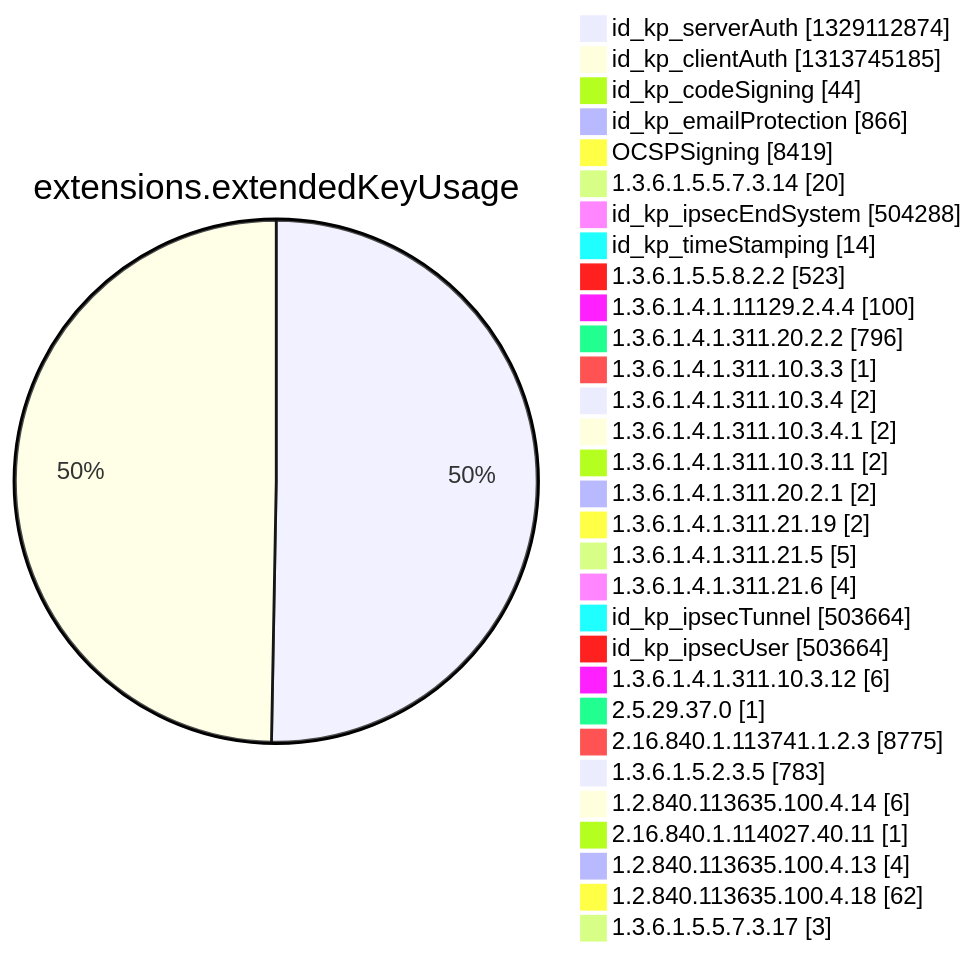
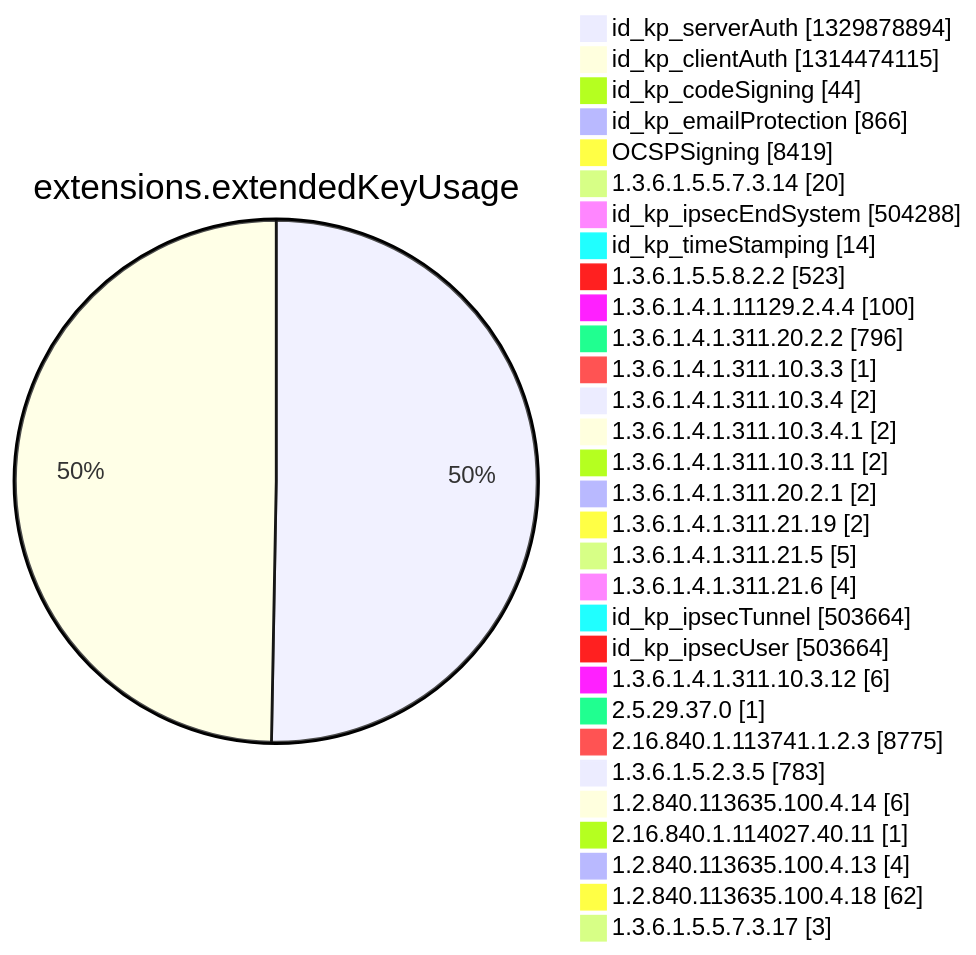
Before and after one commit to christiankrug/ctmonitor_visualization: diagram 12 of 15 in argon2022/README.md, drawn with Mermaid. The commit also changed other lines of this file, not shown here.

````diff
--- a/argon2022/README.md
+++ b/argon2022/README.md
@@ -3553,34 +3553,34 @@
 ```mermaid
 pie showData
 title extensions.extendedKeyUsage
-"id_kp_serverAuth" :1329112874
-"id_kp_clientAuth" :1313745185
+"id_kp_serverAuth" :1329878894
+"id_kp_clientAuth" :1314474115
 "id_kp_codeSigning" :44
 "id_kp_emailProtection" :866
 "OCSPSigning" :8419
 "1.3.6.1.5.5.7.3.14" :20
 "id_kp_ipsecEndSystem" :504288
 "id_kp_timeStamping" :14
 "1.3.6.1.5.5.8.2.2" :523
 "1.3.6.1.4.1.11129.2.4.4" :100
 "1.3.6.1.4.1.311.20.2.2" :796
 "1.3.6.1.4.1.311.10.3.3" :1
 "1.3.6.1.4.1.311.10.3.4" :2
 "1.3.6.1.4.1.311.10.3.4.1" :2
 "1.3.6.1.4.1.311.10.3.11" :2
 "1.3.6.1.4.1.311.20.2.1" :2
 "1.3.6.1.4.1.311.21.19" :2
 "1.3.6.1.4.1.311.21.5" :5
 "1.3.6.1.4.1.311.21.6" :4
 "id_kp_ipsecTunnel" :503664
 "id_kp_ipsecUser" :503664
 "1.3.6.1.4.1.311.10.3.12" :6
 "2.5.29.37.0" :1
 "2.16.840.1.113741.1.2.3" :8775
 "1.3.6.1.5.2.3.5" :783
 "1.2.840.113635.100.4.14" :6
 "2.16.840.1.114027.40.11" :1
 "1.2.840.113635.100.4.13" :4
 "1.2.840.113635.100.4.18" :62
 "1.3.6.1.5.5.7.3.17" :3
 ```
````
